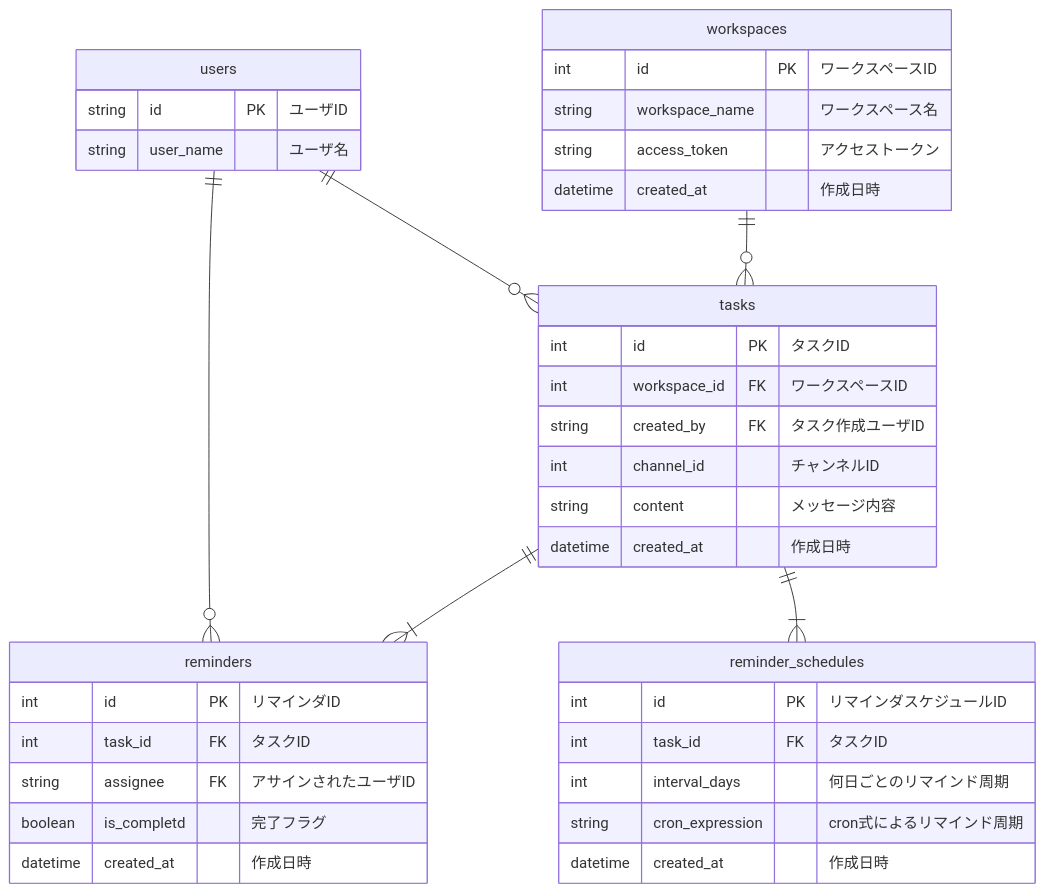
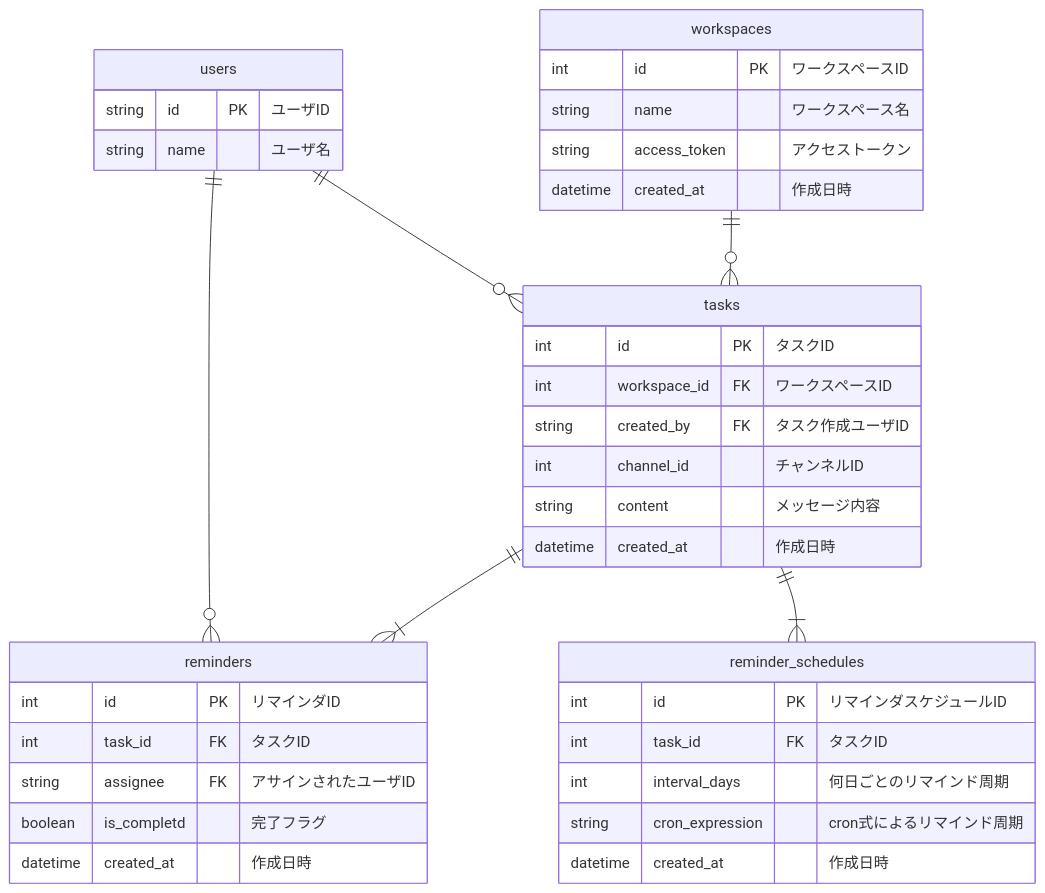
The diagram in db_modeling_4/issue.md (ssfuno/praha_issues), drawn with Mermaid before and after one commit. The commit also changed 2 other files, not shown here.

Commit message:
fix: シンプルなカラム名に変更

````diff
--- a/db_modeling_4/issue.md
+++ b/db_modeling_4/issue.md
@@ -30,45 +30,45 @@
 ```mermaid
 erDiagram
     users ||--o{ tasks : ""
     workspaces ||--o{ tasks : ""
     users ||--o{ reminders : ""
     tasks ||--|{ reminders : ""
     tasks ||--|{ reminder_schedules : ""
 
     users {
         string id PK "ユーザID"
-        string user_name "ユーザ名"
+        string name "ユーザ名"
     }
 
     workspaces {
         int id PK "ワークスペースID"
-        string workspace_name "ワークスペース名"
+        string name "ワークスペース名"
         string access_token "アクセストークン"
         datetime created_at "作成日時"
     }
 
     tasks {
         int id PK "タスクID"
         int workspace_id FK "ワークスペースID"
         string created_by FK "タスク作成ユーザID"
         int channel_id "チャンネルID"
         string content "メッセージ内容"
         datetime created_at "作成日時"
     }
 
     reminders {
         int id PK "リマインダID"
         int task_id FK "タスクID"
         string assignee FK "アサインされたユーザID"
         boolean is_completd "完了フラグ"
         datetime created_at "作成日時"
     }
 
     reminder_schedules {
         int id PK "リマインダスケジュールID"
         int task_id FK "タスクID"
         int interval_days "何日ごとのリマインド周期"
         string cron_expression "cron式によるリマインド周期"
         datetime created_at "作成日時"
     }
 ```
````
